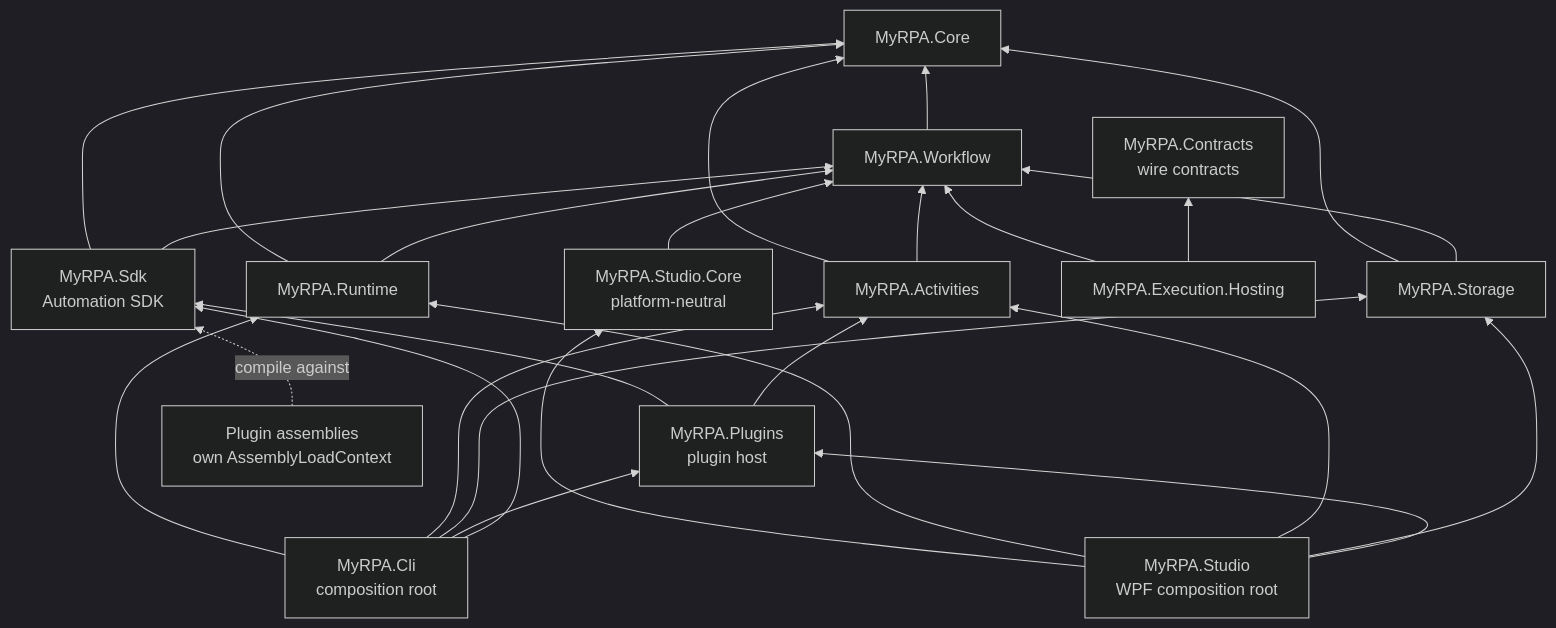
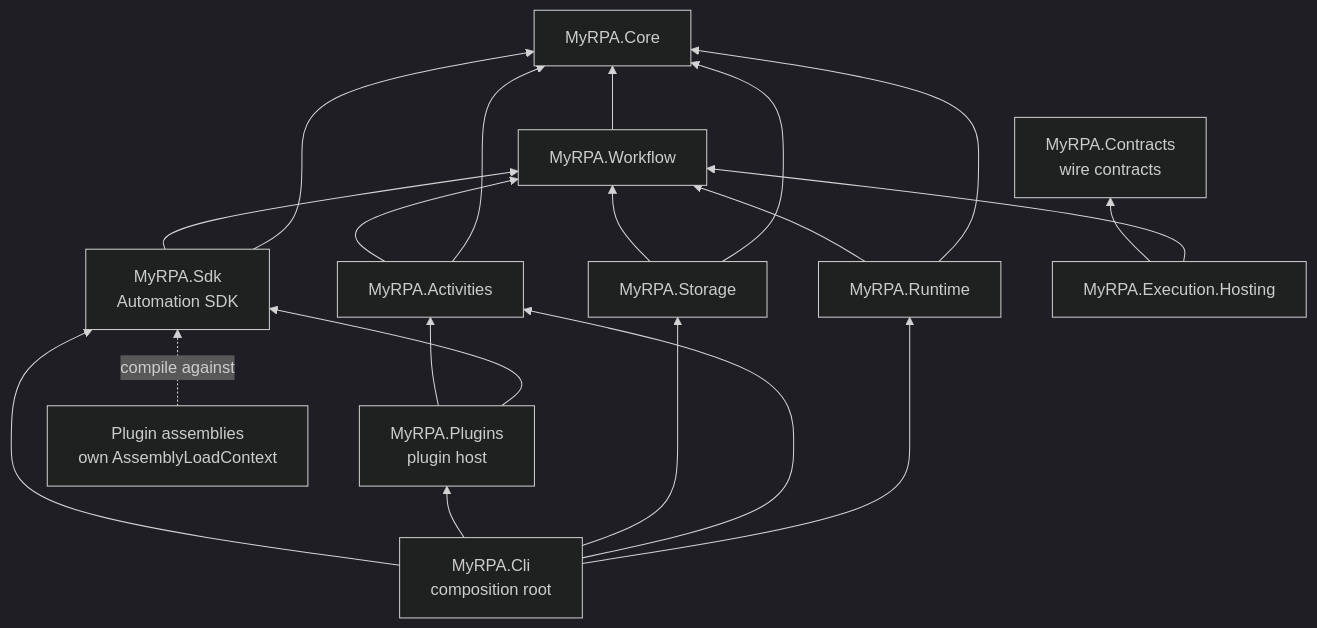
One commit to Ichwankurniawan/MY-RPA changed the diagram in docs/architecture/overview.md. Above: the diagram before and after it, drawn with Mermaid (dark theme). The commit also changed other lines of this file and 60 other files, not shown here.

First line of the commit message:
W10: archive the WPF Studio; Phase 5 complete (pending CI)

````diff
--- a/docs/architecture/overview.md
+++ b/docs/architecture/overview.md
@@ -78,30 +78,24 @@
 ```mermaid
 graph BT
     Core[MyRPA.Core]
     Workflow[MyRPA.Workflow] --> Core
     Activities[MyRPA.Activities] --> Core
     Activities --> Workflow
     Runtime[MyRPA.Runtime] --> Core
     Runtime --> Workflow
     Storage[MyRPA.Storage] --> Core
     Storage --> Workflow
     Sdk[MyRPA.Sdk<br/>Automation SDK] --> Core
     Sdk --> Workflow
     Plugins[MyRPA.Plugins<br/>plugin host] --> Sdk
     Plugins --> Activities
     Contracts[MyRPA.Contracts<br/>wire contracts]
     Hosting[MyRPA.Execution.Hosting] --> Workflow
     Hosting --> Contracts
     Cli[MyRPA.Cli<br/>composition root] --> Runtime
     Cli --> Activities
     Cli --> Storage
     Cli --> Plugins
     Cli --> Sdk
-    StudioCore[MyRPA.Studio.Core<br/>platform-neutral] --> Workflow
-    Studio[MyRPA.Studio<br/>WPF composition root] --> StudioCore
-    Studio --> Runtime
-    Studio --> Activities
-    Studio --> Storage
-    Studio --> Plugins
     PluginAsm[Plugin assemblies<br/>own AssemblyLoadContext] -.->|compile against| Sdk
 ```
````
